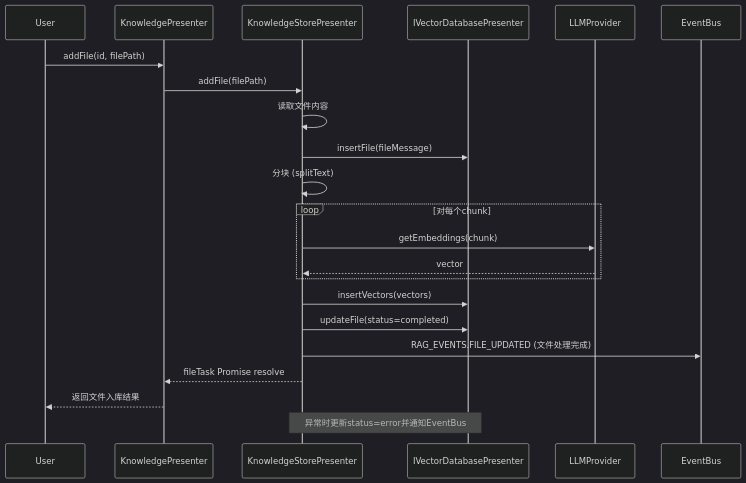
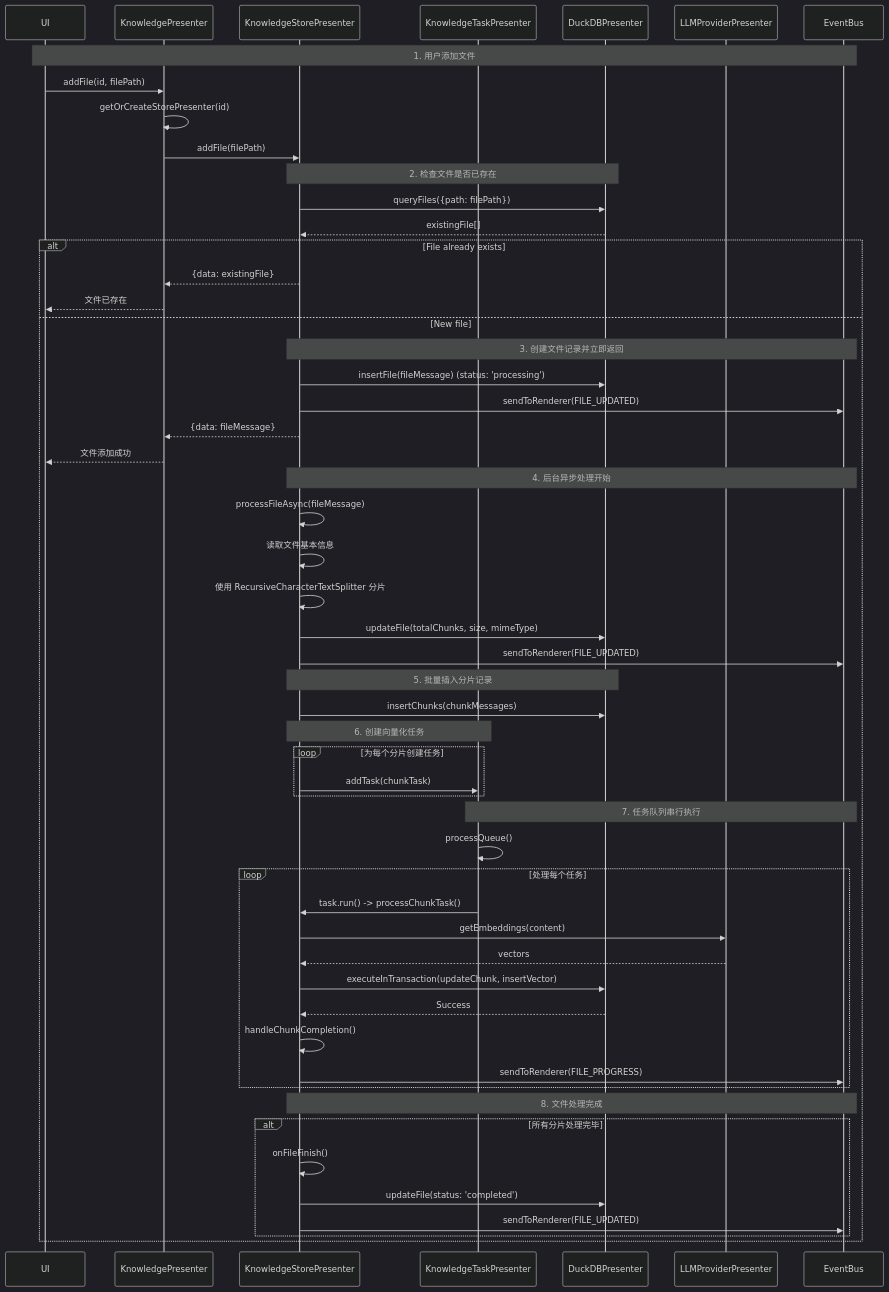
One commit to wangle201210/deepchat changed the diagram in docs/builtin-knowledge-design.md. Above: the diagram before and after it, drawn with Mermaid (dark theme). The commit also changed other lines of this file and 4 other files, not shown here.

First line of the commit message:
feat: Refactor Knowledge Presenter and related components

````diff
--- a/docs/builtin-knowledge-design.md
+++ b/docs/builtin-knowledge-design.md
@@ -58,25 +69,63 @@
 ```mermaid
 sequenceDiagram
-    participant User
+    participant UI
     participant KnowledgePresenter
     participant KnowledgeStorePresenter
-    participant IVectorDatabasePresenter
-    participant LLMProvider
+    participant KnowledgeTaskPresenter
+    participant DuckDBPresenter
+    participant LLMProviderPresenter
     participant EventBus
 
-    User->>KnowledgePresenter: addFile(id, filePath)
+    Note over UI, EventBus: 1. 用户添加文件
+    UI->>KnowledgePresenter: addFile(id, filePath)
+    KnowledgePresenter->>KnowledgePresenter: getOrCreateStorePresenter(id)
     KnowledgePresenter->>KnowledgeStorePresenter: addFile(filePath)
-    KnowledgeStorePresenter->>KnowledgeStorePresenter: 读取文件内容
-    KnowledgeStorePresenter->>IVectorDatabasePresenter: insertFile(fileMessage)
-    KnowledgeStorePresenter->>KnowledgeStorePresenter: 分块 (splitText)
-    loop 对每个chunk
-        KnowledgeStorePresenter->>LLMProvider: getEmbeddings(chunk)
-        LLMProvider-->>KnowledgeStorePresenter: vector
+    
+    Note over KnowledgeStorePresenter, DuckDBPresenter: 2. 检查文件是否已存在
+    KnowledgeStorePresenter->>DuckDBPresenter: queryFiles({path: filePath})
+    DuckDBPresenter-->>KnowledgeStorePresenter: existingFile[]
+    alt File already exists
+        KnowledgeStorePresenter-->>KnowledgePresenter: {data: existingFile}
+        KnowledgePresenter-->>UI: 文件已存在
+    else New file
+        Note over KnowledgeStorePresenter, EventBus: 3. 创建文件记录并立即返回
+        KnowledgeStorePresenter->>DuckDBPresenter: insertFile(fileMessage) (status: 'processing')
+        KnowledgeStorePresenter->>EventBus: sendToRenderer(FILE_UPDATED)
+        KnowledgeStorePresenter-->>KnowledgePresenter: {data: fileMessage}
+        KnowledgePresenter-->>UI: 文件添加成功
+        
+        Note over KnowledgeStorePresenter, EventBus: 4. 后台异步处理开始
+        KnowledgeStorePresenter->>KnowledgeStorePresenter: processFileAsync(fileMessage)
+        KnowledgeStorePresenter->>KnowledgeStorePresenter: 读取文件基本信息
+        KnowledgeStorePresenter->>KnowledgeStorePresenter: 使用 RecursiveCharacterTextSplitter 分片
+        KnowledgeStorePresenter->>DuckDBPresenter: updateFile(totalChunks, size, mimeType)
+        KnowledgeStorePresenter->>EventBus: sendToRenderer(FILE_UPDATED)
+        
+        Note over KnowledgeStorePresenter, DuckDBPresenter: 5. 批量插入分片记录
+        KnowledgeStorePresenter->>DuckDBPresenter: insertChunks(chunkMessages)
+
+        Note over KnowledgeStorePresenter, KnowledgeTaskPresenter: 6. 创建向量化任务
+        loop 为每个分片创建任务
+            KnowledgeStorePresenter->>KnowledgeTaskPresenter: addTask(chunkTask)
+        end
+
+        Note over KnowledgeTaskPresenter, EventBus: 7. 任务队列串行执行
+        KnowledgeTaskPresenter->>KnowledgeTaskPresenter: processQueue()
+        loop 处理每个任务
+            KnowledgeTaskPresenter->>KnowledgeStorePresenter: task.run() -> processChunkTask()
+            KnowledgeStorePresenter->>LLMProviderPresenter: getEmbeddings(content)
+            LLMProviderPresenter-->>KnowledgeStorePresenter: vectors
+            KnowledgeStorePresenter->>DuckDBPresenter: executeInTransaction(updateChunk, insertVector)
+            DuckDBPresenter-->>KnowledgeStorePresenter: Success
+            KnowledgeStorePresenter->>KnowledgeStorePresenter: handleChunkCompletion()
+            KnowledgeStorePresenter->>EventBus: sendToRenderer(FILE_PROGRESS)
+        end
+
+        Note over KnowledgeStorePresenter, EventBus: 8. 文件处理完成
+        alt 所有分片处理完毕
+            KnowledgeStorePresenter->>KnowledgeStorePresenter: onFileFinish()
+            KnowledgeStorePresenter->>DuckDBPresenter: updateFile(status: 'completed')
+            KnowledgeStorePresenter->>EventBus: sendToRenderer(FILE_UPDATED)
+        end
     end
-    KnowledgeStorePresenter->>IVectorDatabasePresenter: insertVectors(vectors)
-    KnowledgeStorePresenter->>IVectorDatabasePresenter: updateFile(status=completed)
-    KnowledgeStorePresenter->>EventBus: RAG_EVENTS.FILE_UPDATED (文件处理完成)
-    KnowledgeStorePresenter-->>KnowledgePresenter: fileTask Promise resolve
-    KnowledgePresenter-->>User: 返回文件入库结果
-    Note over KnowledgeStorePresenter,IVectorDatabasePresenter: 异常时更新status=error并通知EventBus
 ```
````
